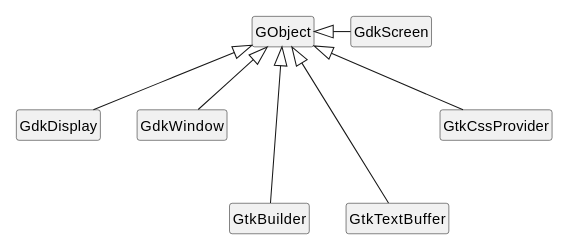
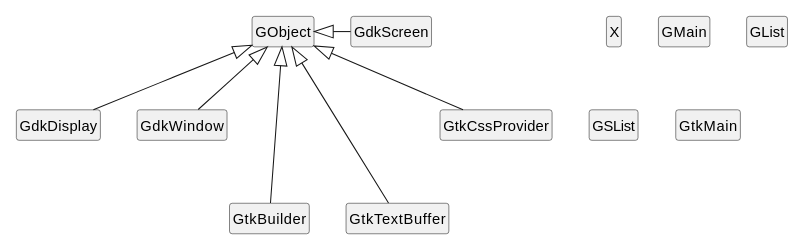
Before and after one commit to lizmat/raku-all-modules: the second of 3 diagrams in cpan/MARTIMM/GTK-V3/doc/Design.md, drawn with PlantUML. The commit also changed other lines of this file and 20 other files, not shown here.

````diff
--- a/cpan/MARTIMM/GTK-V3/doc/Design.md
+++ b/cpan/MARTIMM/GTK-V3/doc/Design.md
@@ -85,19 +44,26 @@
 ```plantuml
 scale 0.7
 hide members
 hide circle
+
+class X
+
+class GMain
+class GList
+class GSList
+class GtkMain
 
 class GObject
 
 class GdkScreen
 class GdkDisplay
 class GdkWindow
 
 GObject <|- GdkScreen
 GObject <|-- GdkWindow
 GObject <|-- GdkDisplay
 
 GObject <|--- GtkBuilder
 GObject <|--- GtkTextBuffer
 GObject <|-- GtkCssProvider
 ```
````
